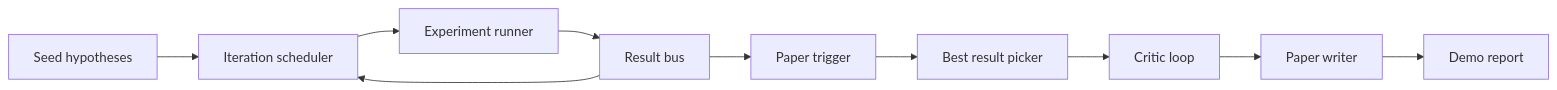
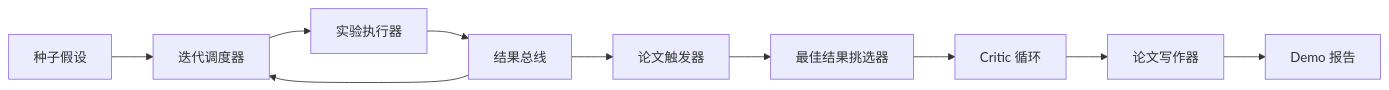
One commit to JerryC8080/ai-engineering-from-scratch-zh changed the first of 3 diagrams in phases/19-capstone-projects/57-end-to-end-research-demo/docs/zh.md. Above: the diagram before and after it, drawn with Mermaid. The commit also changed other lines of this file and 156 other files, not shown here.

First line of the commit message:
i18n(zh): translate mermaid diagram labels in 157 lesson zh.md

````diff
--- a/phases/19-capstone-projects/57-end-to-end-research-demo/docs/zh.md
+++ b/phases/19-capstone-projects/57-end-to-end-research-demo/docs/zh.md
@@ -22,12 +22,12 @@
 ```mermaid
 flowchart LR
-    Seed[Seed hypotheses] --> Sched[Iteration scheduler]
-    Sched --> Exp[Experiment runner]
-    Exp --> Bus[Result bus]
+    Seed[种子假设] --> Sched[迭代调度器]
+    Sched --> Exp[实验执行器]
+    Exp --> Bus[结果总线]
     Bus --> Sched
-    Bus --> Trig[Paper trigger]
-    Trig --> Pick[Best result picker]
-    Pick --> Critic[Critic loop]
-    Critic --> Writer[Paper writer]
-    Writer --> Report[Demo report]
+    Bus --> Trig[论文触发器]
+    Trig --> Pick[最佳结果挑选器]
+    Pick --> Critic[Critic 循环]
+    Critic --> Writer[论文写作器]
+    Writer --> Report[Demo 报告]
 ```
````
